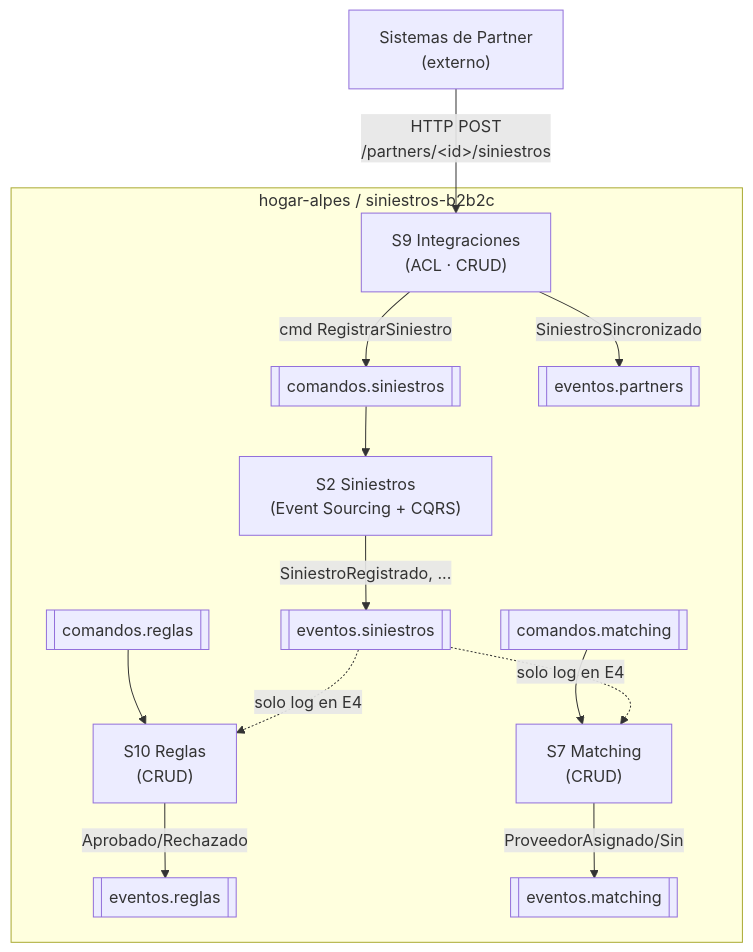
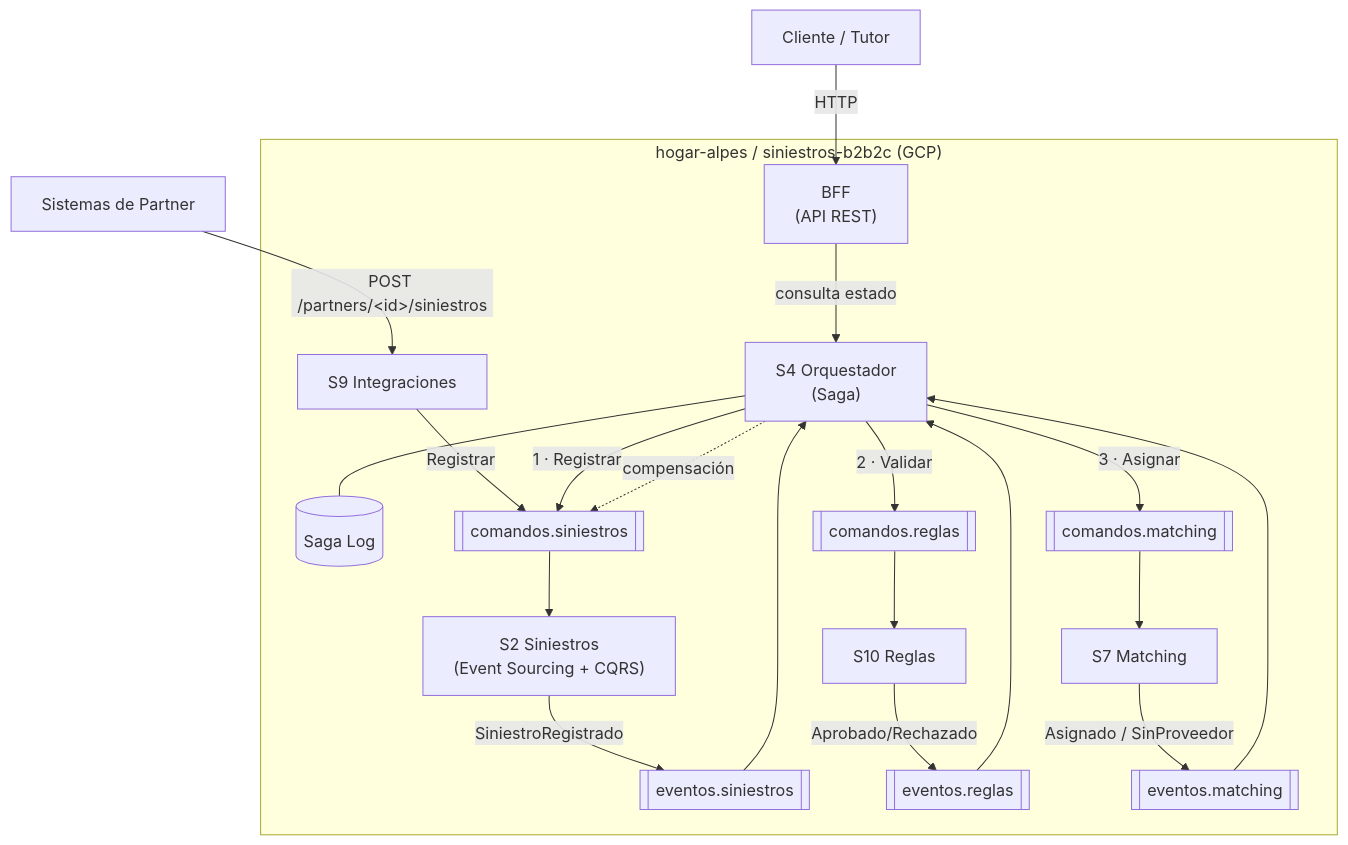
Before and after one commit to MISW-4406-No-monoliticas-entregas/hogar-alpes: the diagram in README.md, drawn with Mermaid. The commit also changed other lines of this file and 7 other files, not shown here.

Commit message:
docs(e5): README final de la entrega + diagramas refinados (CML + vistas)

````diff
--- a/README.md
+++ b/README.md
@@ -32,24 +67,20 @@
 ```mermaid
 flowchart TD
-    X1["Sistemas de Partner<br/>(externo)"] -->|HTTP POST<br/>/partners/&lt;id&gt;/siniestros| S9
+    Cliente["Cliente / Tutor"] -->|HTTP| BFF["BFF<br/>(API REST)"]
+    Partner["Sistemas de Partner"] -->|POST /partners/&lt;id&gt;/siniestros| S9
 
-    subgraph POC["hogar-alpes / siniestros-b2b2c"]
-        S9["S9 Integraciones<br/>(ACL · CRUD)"]
-        S2["S2 Siniestros<br/>(Event Sourcing + CQRS)"]
-        S10["S10 Reglas<br/>(CRUD)"]
-        S7["S7 Matching<br/>(CRUD)"]
-
-        S9 -->|cmd RegistrarSiniestro| CS[["comandos.siniestros"]]
-        S9 -->|SiniestroSincronizado| EP[["eventos.partners"]]
-        CS --> S2
-        S2 -->|SiniestroRegistrado, ...| ES[["eventos.siniestros"]]
-
-        CR[["comandos.reglas"]] --> S10
-        S10 -->|Aprobado/Rechazado| ER[["eventos.reglas"]]
-        CM[["comandos.matching"]] --> S7
-        S7 -->|ProveedorAsignado/Sin| EM[["eventos.matching"]]
-
-        ES -.solo log en E4.-> S10
-        ES -.solo log en E4.-> S7
+    subgraph POC["hogar-alpes / siniestros-b2b2c (GCP)"]
+        BFF -->|consulta estado| S4["S4 Orquestador<br/>(Saga)"]
+        S4 --- SL[("Saga Log")]
+        S9["S9 Integraciones"] -->|Registrar| CS[["comandos.siniestros"]]
+        S4 -->|1 · Registrar| CS
+        CS --> S2["S2 Siniestros<br/>(Event Sourcing + CQRS)"]
+        S2 -->|SiniestroRegistrado| ES[["eventos.siniestros"]]
+        ES --> S4
+        S4 -->|2 · Validar| CR[["comandos.reglas"]] --> S10["S10 Reglas"]
+        S10 -->|Aprobado/Rechazado| ER[["eventos.reglas"]] --> S4
+        S4 -->|3 · Asignar| CM[["comandos.matching"]] --> S7["S7 Matching"]
+        S7 -->|Asignado / SinProveedor| EM[["eventos.matching"]] --> S4
+        S4 -. compensación .-> CS
     end
 ```
````
